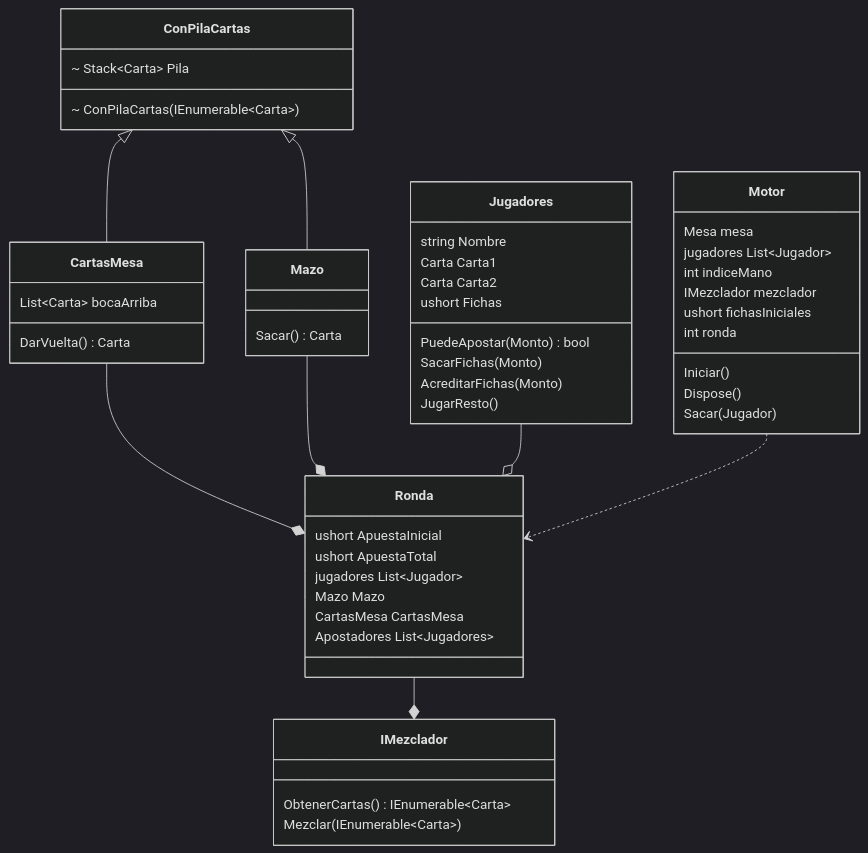
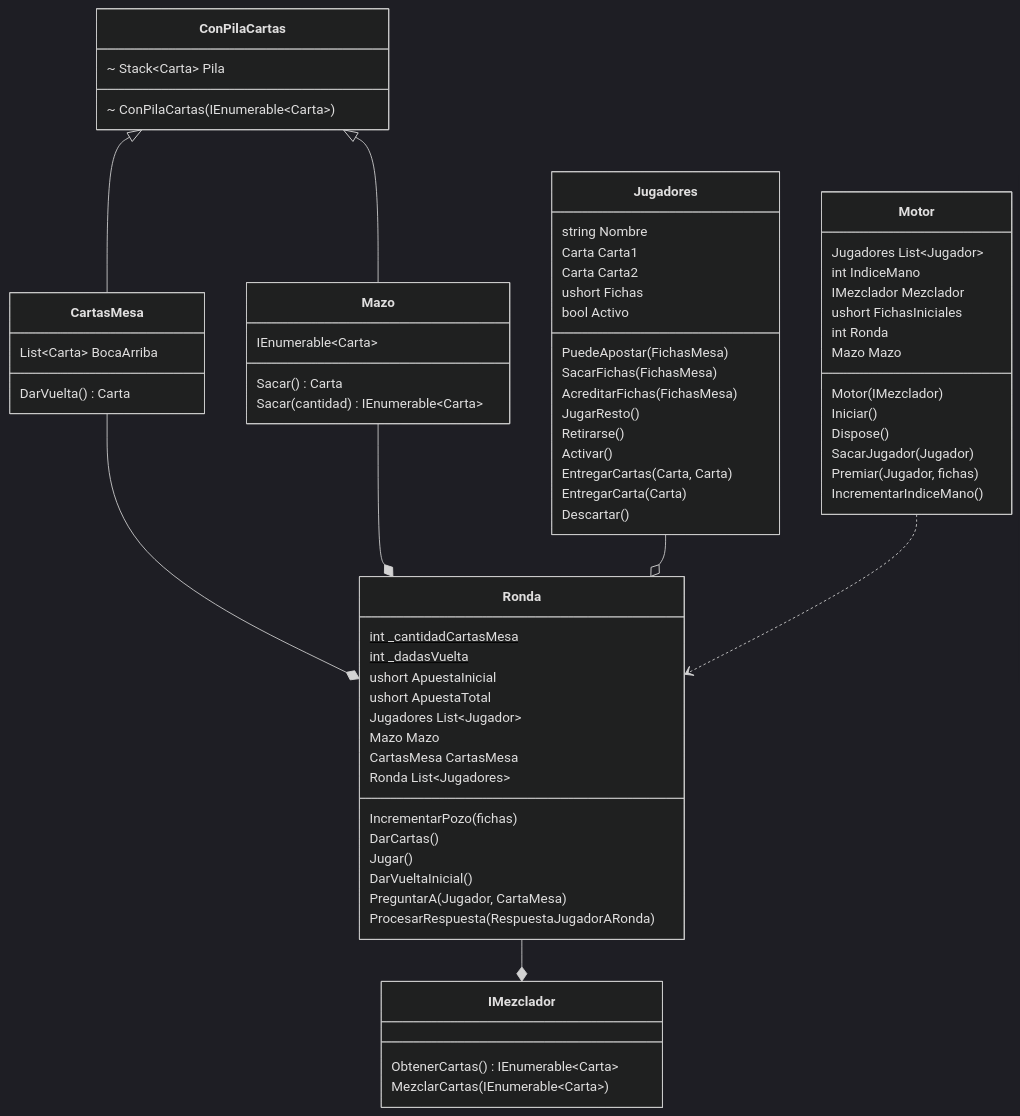
The diagram in README.md (luchoxx87/Poker12), drawn with Mermaid (dark theme) before and after one commit.

Commit message:
Actualización Class Diagram

````diff
--- a/README.md
+++ b/README.md
@@ -16,33 +16,50 @@
         Carta Carta1
         Carta Carta2
         ushort Fichas
-        PuedeApostar(Monto) bool
-        SacarFichas(Monto)
-        AcreditarFichas(Monto)
+        bool Activo
+        PuedeApostar(FichasMesa) 
+        SacarFichas(FichasMesa)
+        AcreditarFichas(FichasMesa)
         JugarResto()
+        Retirarse()
+        Activar()
+        EntregarCartas(Carta, Carta)
+        EntregarCarta(Carta)
+        Descartar()
     }
 
     class IMezclador{
         ObtenerCartas() IEnumerable~Carta~
-        Mezclar (IEnumerable~Carta~)
+        MezclarCartas (IEnumerable~Carta~)
     }
 
     class Mazo{
+        IEnumerable~Carta~
         Sacar() Carta
+        Sacar(cantidad) IEnumerable~Carta~
     }
 
     class CartasMesa{
-        List~Carta~ bocaArriba
+        List~Carta~ BocaArriba
         DarVuelta() Carta
     }
 
     class Ronda{
+        int _cantidadCartasMesa$
+        int _dadasVuelta$
         ushort ApuestaInicial
         ushort ApuestaTotal
-        jugadores List~Jugador~
+        Jugadores List~Jugador~
         Mazo Mazo
         CartasMesa CartasMesa
-        Apostadores List~Jugadores~
+        Ronda List~Jugadores~
+        IncrementarPozo(fichas)
+        DarCartas()
+        Jugar()
+        DarVueltaInicial()
+        PreguntarA(Jugador, CartaMesa)
+        ProcesarRespuesta(RespuestaJugadorARonda)
+
     }
 
     class ConPilaCartas{
@@ -51,15 +68,18 @@
     }
 
     class Motor{
-        Mesa mesa
-        jugadores List~Jugador~
-        int indiceMano 
-        IMezclador mezclador 
-        ushort fichasIniciales
-        int ronda
+        Jugadores List~Jugador~
+        int IndiceMano
+        IMezclador Mezclador 
+        ushort FichasIniciales
+        int Ronda
+        Mazo Mazo
+        Motor(IMezclador)
         Iniciar()
         Dispose()
-        Sacar(Jugador)
+        SacarJugador(Jugador)
+        Premiar(Jugador, fichas)
+        IncrementarIndiceMano()
     }
 
 ```
````
